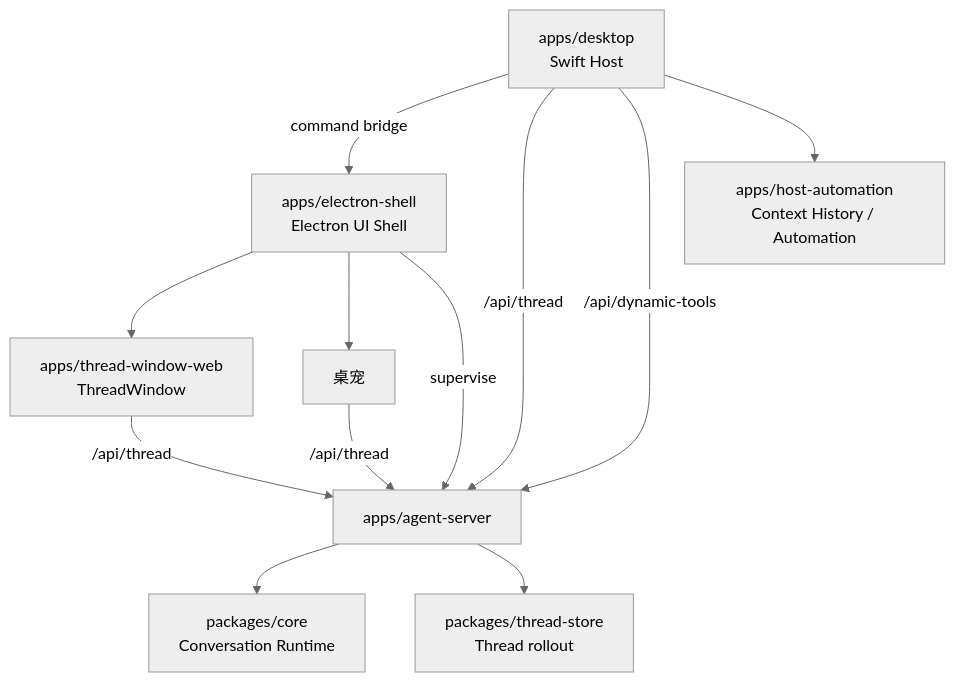
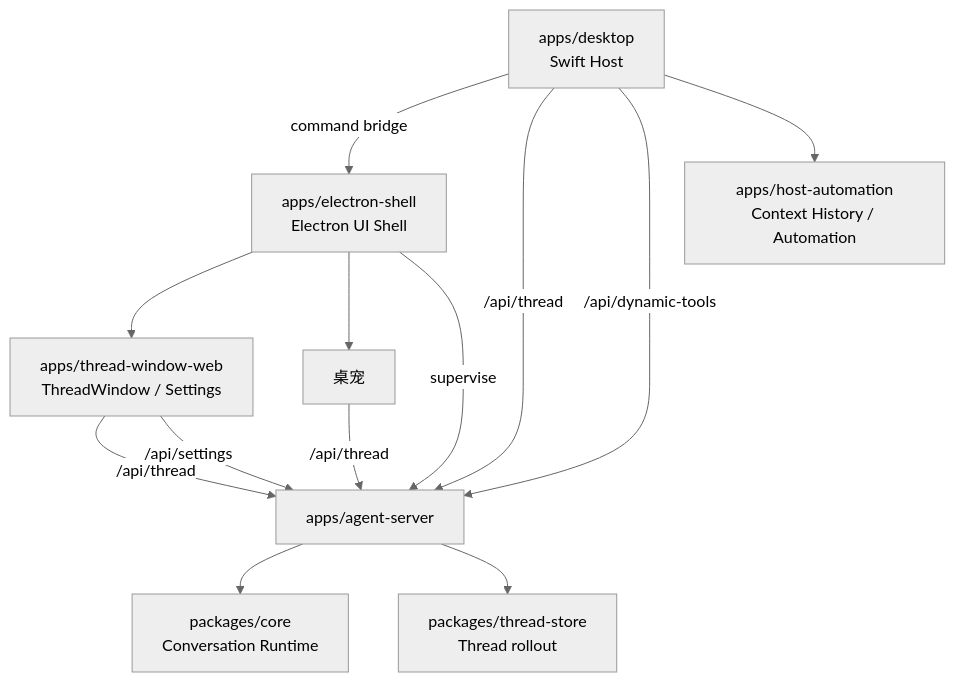
The diagram in handAgent.md (Lixuhang987/Wisp-Pocket), drawn with Mermaid (neutral theme) before and after one commit. The commit also changed other lines of this file and 154 other files, not shown here.

````diff
--- a/handAgent.md
+++ b/handAgent.md
@@ -7,14 +7,15 @@
 ```mermaid
 flowchart TD
   D[apps/desktop<br/>Swift Host] -->|command bridge| E[apps/electron-shell<br/>Electron UI Shell]
-  E --> W[apps/thread-window-web<br/>ThreadWindow]
+  E --> W[apps/thread-window-web<br/>ThreadWindow / Settings]
   E --> A[桌宠]
   E -->|supervise| S[apps/agent-server]
   D -->|/api/thread| S
   D -->|/api/dynamic-tools| S
   W -->|/api/thread| S
   A -->|/api/thread| S
+  W -->|/api/settings| S
   S --> C[packages/core<br/>Conversation Runtime]
   S --> T[packages/thread-store<br/>Thread rollout]
   D --> H[apps/host-automation<br/>Context History / Automation]
 ```
````
